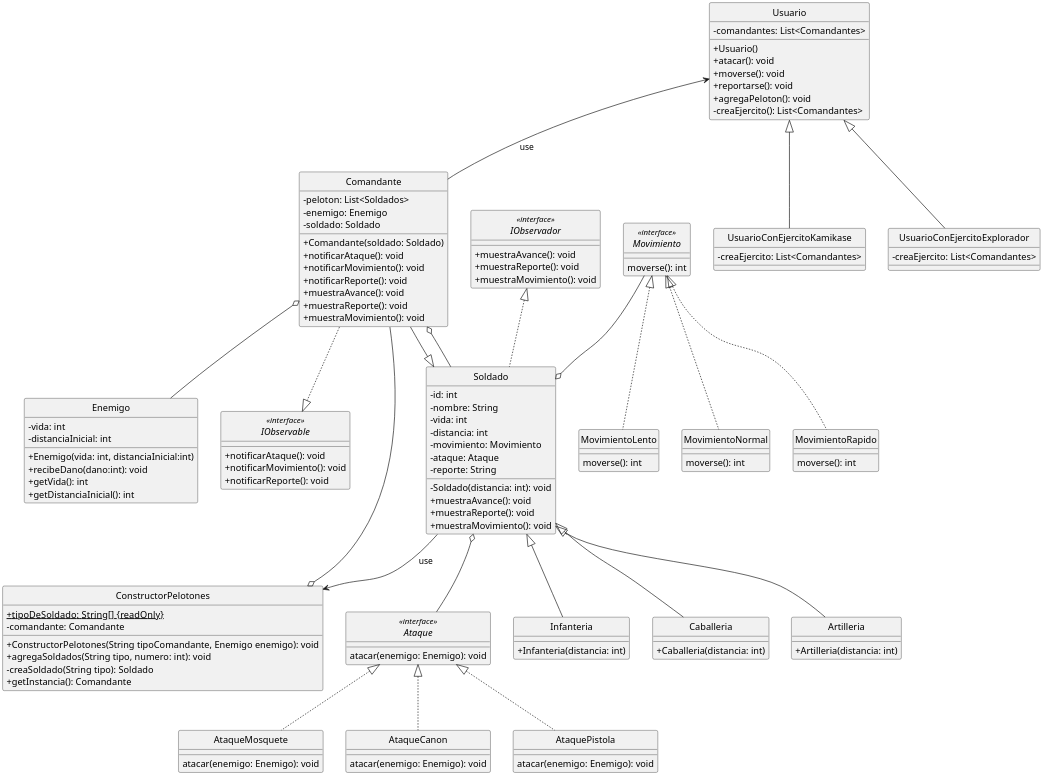
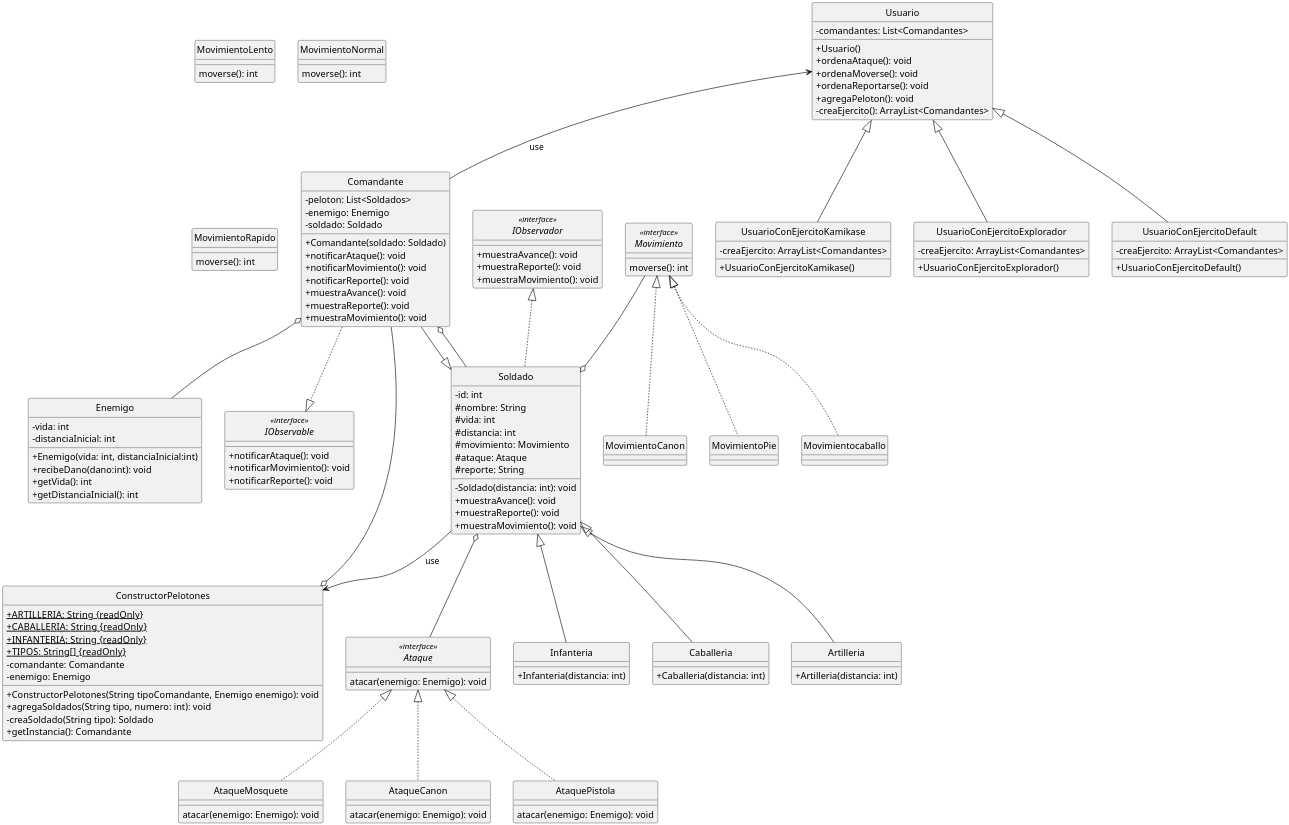
Before and after one commit to SantiagoArroyoL/Modelado2020-4: the diagram in ProyectoFinal/DiagramaDeClases.plantuml, drawn with PlantUML. The commit also changed 35 other files, not shown here.

```diff
--- a/ProyectoFinal/DiagramaDeClases.plantuml
+++ b/ProyectoFinal/DiagramaDeClases.plantuml
@@ -1,160 +1,172 @@
 @startuml DiagramaClases
 skinparam dpi 300
 skinparam classAttributeIconSize 0
 hide circle
 /'-----Clases y subclases de soldado----'/
 class Soldado {
     -id: int
-    -nombre: String
-    -vida: int
-    -distancia: int
-    -movimiento: Movimiento
-    -ataque: Ataque
-    -reporte: String
+    #nombre: String
+    #vida: int
+    #distancia: int
+    #movimiento: Movimiento
+    #ataque: Ataque
+    #reporte: String
     /'-----Metodos----'/
     -Soldado(distancia: int): void
     +muestraAvance(): void
     +muestraReporte(): void
     +muestraMovimiento(): void
 }
 
 class Infanteria{
     +Infanteria(distancia: int)
 }
 
 
 class Caballeria{
     +Caballeria(distancia: int)
 }
 
 class Artilleria{
     +Artilleria(distancia: int)
 }
 
 Soldado <|-- Infanteria
 Soldado <|-- Caballeria
 Soldado <|-- Artilleria
 
 /'-----Strategy Movimiento----'/
 interface Movimiento<<interface>>{
     moverse(): int
 }
 
 class MovimientoLento{
     moverse(): int
 }
 
 class MovimientoNormal{
     moverse(): int
 }
 
 class MovimientoRapido{
     moverse(): int
 }
-Movimiento <|.. MovimientoLento
-Movimiento <|.. MovimientoNormal
-Movimiento <|.. MovimientoRapido
+Movimiento <|.. MovimientoCanon
+Movimiento <|.. MovimientoPie
+Movimiento <|.. Movimientocaballo
 
 Movimiento --o Soldado
 
 /'-----Strategy Ataque----'/
 interface Ataque<<interface>>{
     atacar(enemigo: Enemigo): void
 }
 
 class AtaqueMosquete{
     atacar(enemigo: Enemigo): void
 }
 
 class AtaqueCanon{
     atacar(enemigo: Enemigo): void
 }
 
 class AtaquePistola{
     atacar(enemigo: Enemigo): void
 }
 
 Ataque <|.. AtaqueMosquete
 Ataque <|.. AtaqueCanon
 Ataque <|.. AtaquePistola
 
 Soldado o-- Ataque
 
 /'-----Comandante----'/
 
 class Comandante{
     -peloton: List<Soldados>
     -enemigo: Enemigo
     -soldado: Soldado
     +Comandante(soldado: Soldado)
     +notificarAtaque(): void
     +notificarMovimiento(): void
     +notificarReporte(): void
     +muestraAvance(): void
     +muestraReporte(): void
     +muestraMovimiento(): void
 }
 
 class Enemigo{
     -vida: int
     -distanciaInicial: int
     +Enemigo(vida: int, distanciaInicial:int)
     +recibeDano(dano:int): void
     +getVida(): int
     +getDistanciaInicial(): int
 }
 
 interface IObservable<<interface>>{
     +notificarAtaque(): void
     +notificarMovimiento(): void
     +notificarReporte(): void
 }
 
 interface IObservador<<interface>>{
     +muestraAvance(): void
     +muestraReporte(): void
     +muestraMovimiento(): void
 }
 
 Comandante --|> Soldado
 Comandante o-- Soldado
 Comandante ..|> IObservable
 IObservador <|.. Soldado
 Comandante o-- Enemigo
 
 /'-----BuilderPelotones----'/
 
 class ConstructorPelotones{
-    +{static}tipoDeSoldado: String[]  {readOnly}
+    +{static} ARTILLERIA: String  {readOnly}
+    +{static} CABALLERIA: String  {readOnly}
+    +{static} INFANTERIA: String  {readOnly}
+    +{static} TIPOS: String[]  {readOnly}
     -comandante: Comandante
+    -enemigo: Enemigo
     +ConstructorPelotones(String tipoComandante, Enemigo enemigo): void
     +agregaSoldados(String tipo, numero: int): void
     -creaSoldado(String tipo): Soldado
     +getInstancia(): Comandante
 }
 
 Comandante --o ConstructorPelotones 
 Soldado -->ConstructorPelotones :use
 
 class Usuario{
     -comandantes: List<Comandantes>
     +Usuario()
-    +atacar(): void
-    +moverse(): void
-    +reportarse(): void
+    +ordenaAtaque(): void
+    +ordenaMoverse(): void
+    +ordenaReportarse(): void
     +agregaPeloton(): void
-    -creaEjercito(): List<Comandantes>
+    -creaEjercito(): ArrayList<Comandantes>
 }
 
 class UsuarioConEjercitoKamikase{
-    -creaEjercito: List<Comandantes>
+    +UsuarioConEjercitoKamikase()
+    -creaEjercito: ArrayList<Comandantes>
 }
 
 
 class UsuarioConEjercitoExplorador{
-    -creaEjercito: List<Comandantes>
+    +UsuarioConEjercitoExplorador()
+    -creaEjercito: ArrayList<Comandantes>
+}
+
+class UsuarioConEjercitoDefault{
+    +UsuarioConEjercitoDefault()
+    -creaEjercito: ArrayList<Comandantes>
 }
 Usuario <-- Comandante: use 
 Usuario <|-- UsuarioConEjercitoKamikase
 Usuario <|-- UsuarioConEjercitoExplorador 
+Usuario <|-- UsuarioConEjercitoDefault 
 @enduml
```
